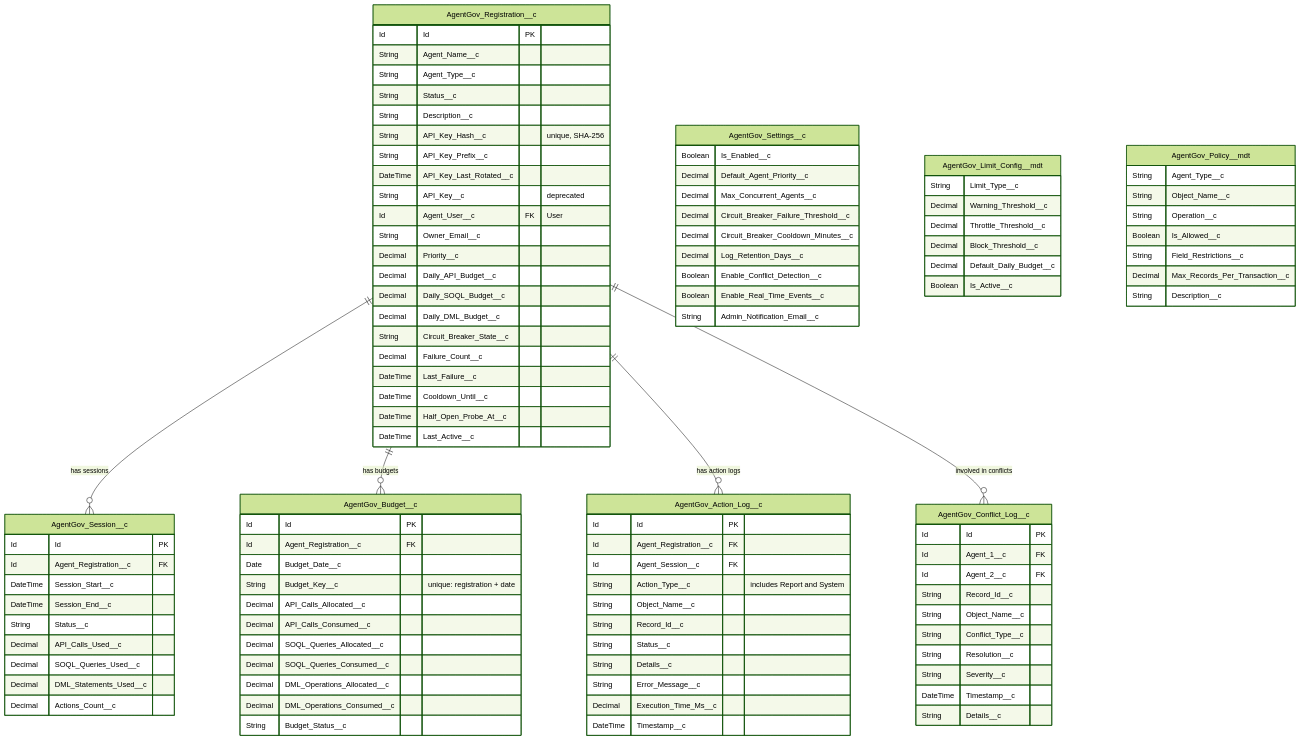
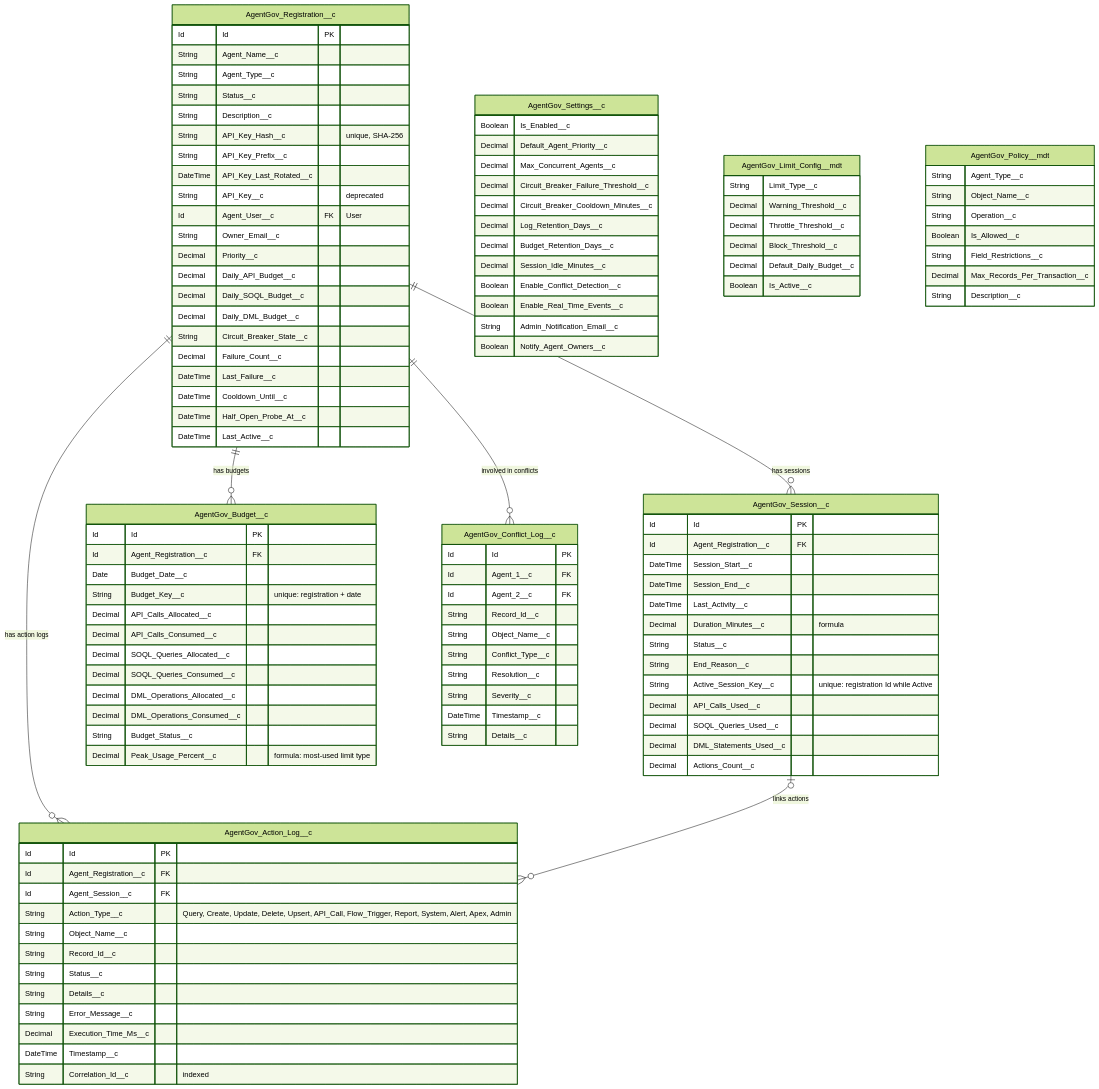
Before and after one commit to himanshupalerwal/salesforce-agent-governance: the third of 7 diagrams in docs/architecture.md, drawn with Mermaid (forest theme). The commit also changed other lines of this file and 31 other files, not shown here.

````diff
--- a/docs/architecture.md
+++ b/docs/architecture.md
@@ -181,7 +215,11 @@
         Id Agent_Registration__c FK
         DateTime Session_Start__c
         DateTime Session_End__c
+        DateTime Last_Activity__c
+        Decimal Duration_Minutes__c "formula"
         String Status__c
+        String End_Reason__c
+        String Active_Session_Key__c "unique: registration Id while Active"
         Decimal API_Calls_Used__c
         Decimal SOQL_Queries_Used__c
         Decimal DML_Statements_Used__c
@@ -200,13 +238,14 @@
         Decimal DML_Operations_Allocated__c
         Decimal DML_Operations_Consumed__c
         String Budget_Status__c
+        Decimal Peak_Usage_Percent__c "formula: most-used limit type"
     }
 
     AgentGov_Action_Log__c {
         Id Id PK
         Id Agent_Registration__c FK
         Id Agent_Session__c FK
-        String Action_Type__c "includes Report and System"
+        String Action_Type__c "Query, Create, Update, Delete, Upsert, API_Call, Flow_Trigger, Report, System, Alert, Apex, Admin"
         String Object_Name__c
         String Record_Id__c
         String Status__c
@@ -214,6 +253,7 @@
         String Error_Message__c
         Decimal Execution_Time_Ms__c
         DateTime Timestamp__c
+        String Correlation_Id__c "indexed"
     }
 
     AgentGov_Conflict_Log__c {
@@ -236,9 +276,12 @@
         Decimal Circuit_Breaker_Failure_Threshold__c
         Decimal Circuit_Breaker_Cooldown_Minutes__c
         Decimal Log_Retention_Days__c
+        Decimal Budget_Retention_Days__c
+        Decimal Session_Idle_Minutes__c
         Boolean Enable_Conflict_Detection__c
         Boolean Enable_Real_Time_Events__c
         String Admin_Notification_Email__c
+        Boolean Notify_Agent_Owners__c
     }
 
     AgentGov_Limit_Config__mdt {
@@ -264,4 +307,5 @@
     AgentGov_Registration__c ||--o{ AgentGov_Budget__c : "has budgets"
     AgentGov_Registration__c ||--o{ AgentGov_Action_Log__c : "has action logs"
     AgentGov_Registration__c ||--o{ AgentGov_Conflict_Log__c : "involved in conflicts"
+    AgentGov_Session__c |o--o{ AgentGov_Action_Log__c : "links actions"
 ```
````
